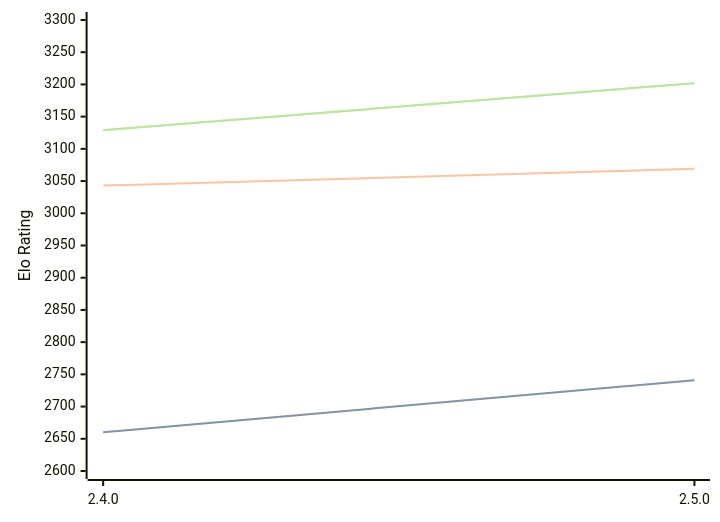
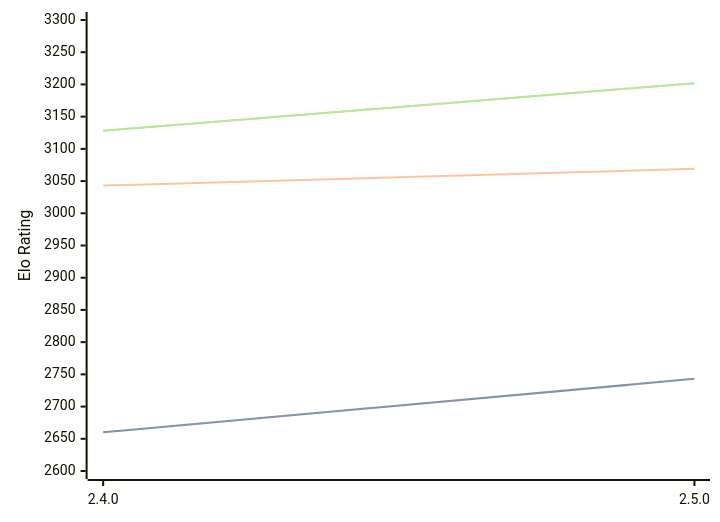
Before and after one commit to computer-chess-index/cci: the diagram in engines/Sturddle2.md, drawn with Mermaid. The commit also changed other lines of this file, not shown here.

Commit message:
Update CCI Ratings (ELO VLTC) - 2026-04-28

````diff
--- a/engines/Sturddle2.md
+++ b/engines/Sturddle2.md
@@ -37,11 +37,11 @@
 ```mermaid
 %%{init: {"theme":"base","themeVariables":{"seriesColors:['#a3a3a3','#222221','#faa371']}}}%%
 xychart-beta
   x-axis ["2.4.0", "2.5.0"]
   y-axis "Elo Rating" 2600 --> 3300
-  line "STC (8.0+0.08s)" [2660, 2741]
-  line "STC (8.0+0.08s)" [2660, 2741]
+  line "STC (8.0+0.08s)" [2660, 2743]
+  line "STC (8.0+0.08s)" [2660, 2743]
   line "LTC (60.0+0.60s)" [3043, 3069]
-  line "VLTC (2m24s+1.12s)" [3129, 3202]
-  line "VLTC (2m24s+1.12s)" [3129, 3202]
+  line "VLTC (2m24s+1.12s)" [3128, 3202]
+  line "VLTC (2m24s+1.12s)" [3128, 3202]
 ```
````
